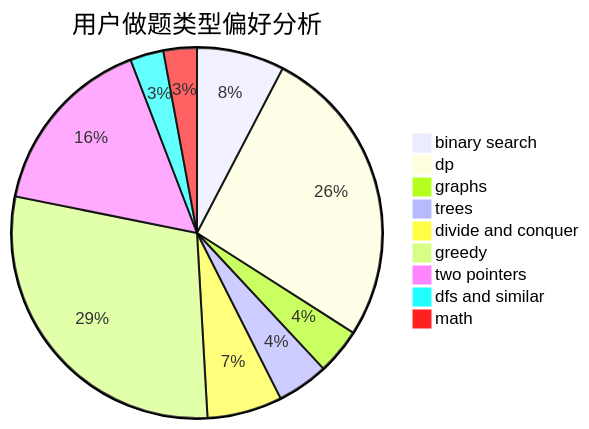
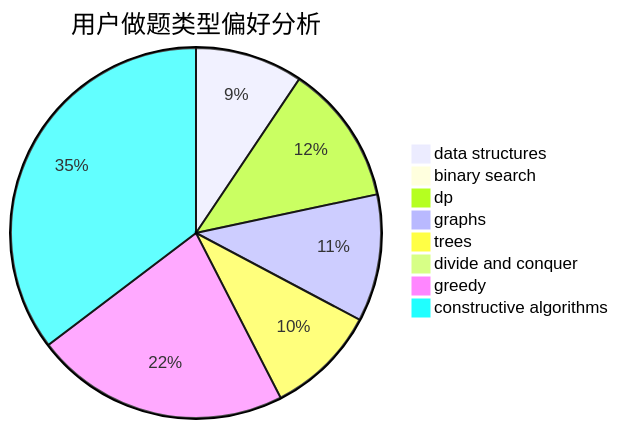
The second of 3 diagrams in docs/user/u1320.md (sherpahu/cfrs.github.io), drawn with Mermaid before and after one commit. The commit also changed other lines of this file and 2775 other files, not shown here.

````diff
--- a/docs/user/u1320.md
+++ b/docs/user/u1320.md
@@ -23,12 +23,11 @@
 ```mermaid
 pie title 用户做题类型偏好分析
-    "binary search" :  97
-    "dp" :  335
-    "graphs" :  51
-    "trees" :  57
-    "divide and conquer" :  83
-    "greedy" :  369
-    "two pointers" :  203
-    "dfs and similar" :  37
-    "math" :  37
+    "data structures" :  33
+    "binary search" :  0
+    "dp" :  43
+    "graphs" :  39
+    "trees" :  34
+    "divide and conquer" :  0
+    "greedy" :  78
+    "constructive algorithms" :  124
 ```
````
